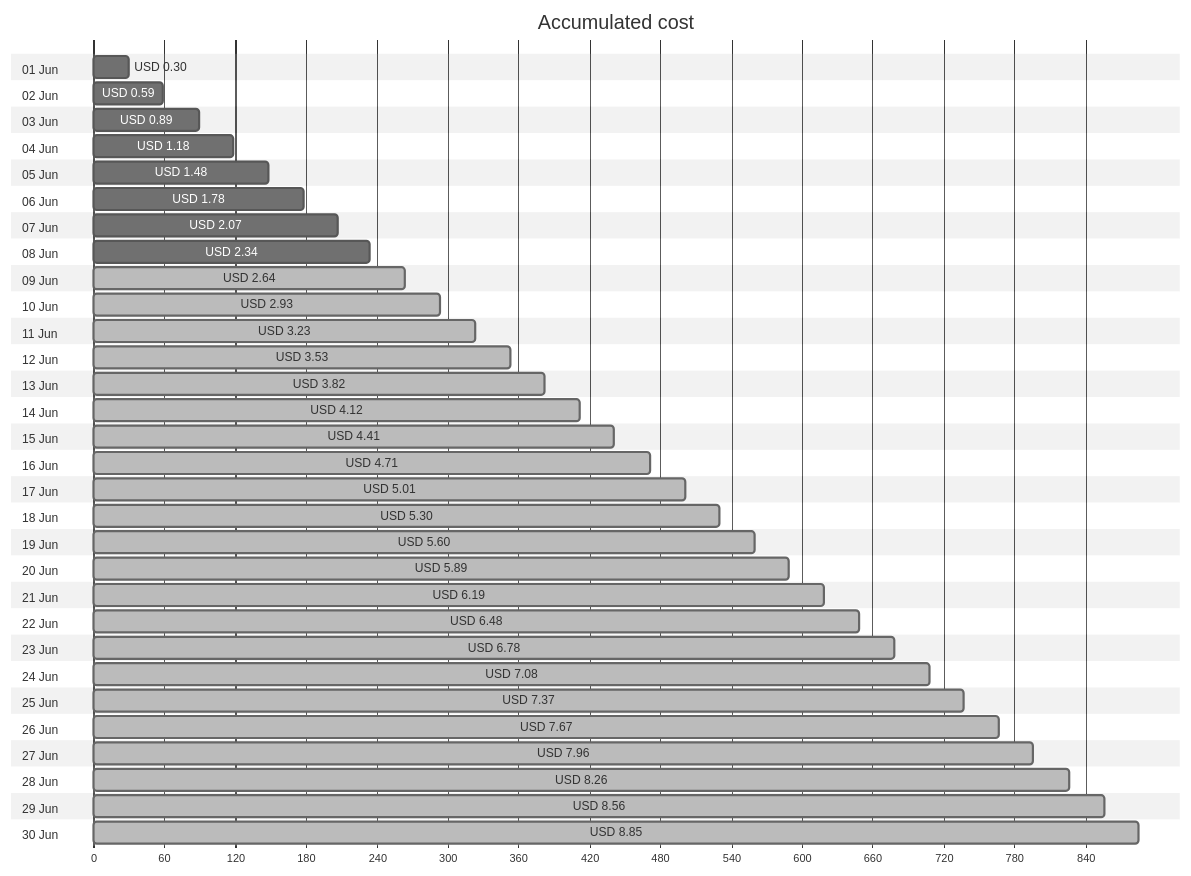
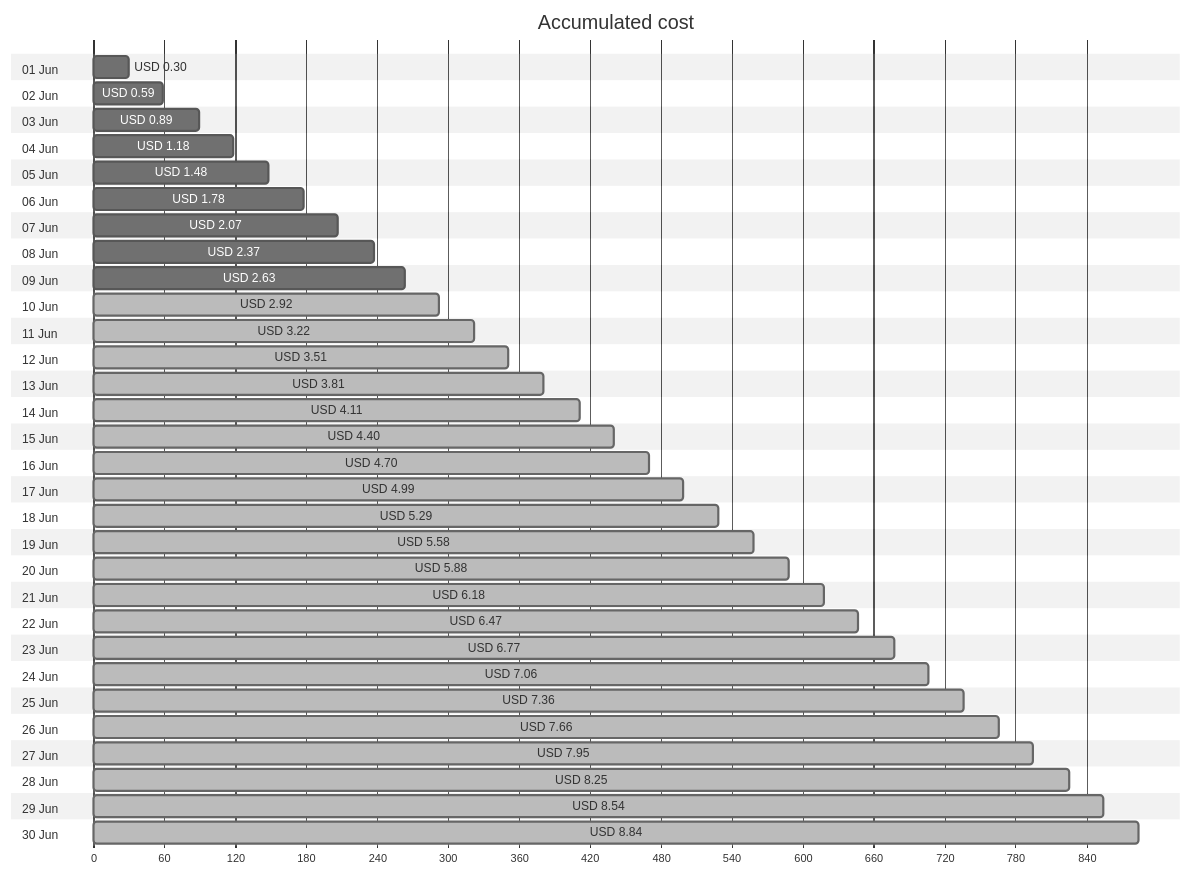
The first of 4 diagrams in cost-reports/personal-site/personal-site.md (jpfulton/azure-personal-reports), drawn with Mermaid (neutral theme) before and after one commit. The commit also changed other lines of this file and 6 other files, not shown here.

````diff
--- a/cost-reports/personal-site/personal-site.md
+++ b/cost-reports/personal-site/personal-site.md
@@ -20,66 +20,66 @@
 ```mermaid
 gantt
    title Accumulated cost
    dateFormat  X
    axisFormat %s
    section 01 Jun
    USD 0.30 :0, 30
    section 02 Jun
    USD 0.59 :0, 59
    section 03 Jun
    USD 0.89 :0, 89
    section 04 Jun
    USD 1.18 :0, 118
    section 05 Jun
    USD 1.48 :0, 148
    section 06 Jun
    USD 1.78 :0, 178
    section 07 Jun
    USD 2.07 :0, 207
    section 08 Jun
-   USD 2.34 :0, 234
+   USD 2.37 :0, 237
    section 09 Jun
-   USD 2.64 : done, 0, 264
+   USD 2.63 :0, 263
    section 10 Jun
-   USD 2.93 : done, 0, 293
+   USD 2.92 : done, 0, 292
    section 11 Jun
-   USD 3.23 : done, 0, 323
+   USD 3.22 : done, 0, 322
    section 12 Jun
-   USD 3.53 : done, 0, 353
+   USD 3.51 : done, 0, 351
    section 13 Jun
-   USD 3.82 : done, 0, 382
+   USD 3.81 : done, 0, 381
    section 14 Jun
-   USD 4.12 : done, 0, 412
+   USD 4.11 : done, 0, 411
    section 15 Jun
-   USD 4.41 : done, 0, 441
+   USD 4.40 : done, 0, 440
    section 16 Jun
-   USD 4.71 : done, 0, 471
+   USD 4.70 : done, 0, 470
    section 17 Jun
-   USD 5.01 : done, 0, 501
+   USD 4.99 : done, 0, 499
    section 18 Jun
-   USD 5.30 : done, 0, 530
+   USD 5.29 : done, 0, 529
    section 19 Jun
-   USD 5.60 : done, 0, 560
+   USD 5.58 : done, 0, 558
    section 20 Jun
-   USD 5.89 : done, 0, 589
+   USD 5.88 : done, 0, 588
    section 21 Jun
-   USD 6.19 : done, 0, 619
+   USD 6.18 : done, 0, 618
    section 22 Jun
-   USD 6.48 : done, 0, 648
+   USD 6.47 : done, 0, 647
    section 23 Jun
-   USD 6.78 : done, 0, 678
+   USD 6.77 : done, 0, 677
    section 24 Jun
-   USD 7.08 : done, 0, 708
+   USD 7.06 : done, 0, 706
    section 25 Jun
-   USD 7.37 : done, 0, 737
+   USD 7.36 : done, 0, 736
    section 26 Jun
-   USD 7.67 : done, 0, 767
+   USD 7.66 : done, 0, 766
    section 27 Jun
-   USD 7.96 : done, 0, 796
+   USD 7.95 : done, 0, 795
    section 28 Jun
-   USD 8.26 : done, 0, 826
+   USD 8.25 : done, 0, 825
    section 29 Jun
-   USD 8.56 : done, 0, 856
+   USD 8.54 : done, 0, 854
    section 30 Jun
-   USD 8.85 : done, 0, 885
+   USD 8.84 : done, 0, 884
 ```
````
